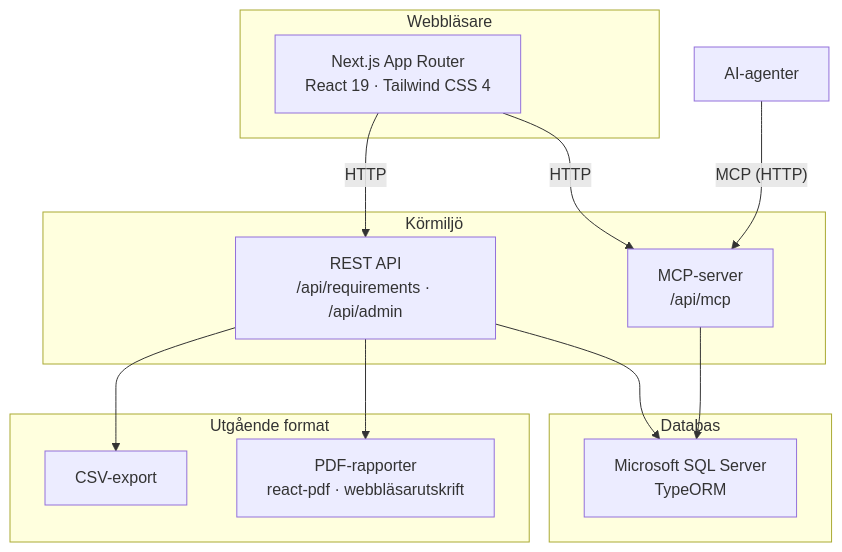
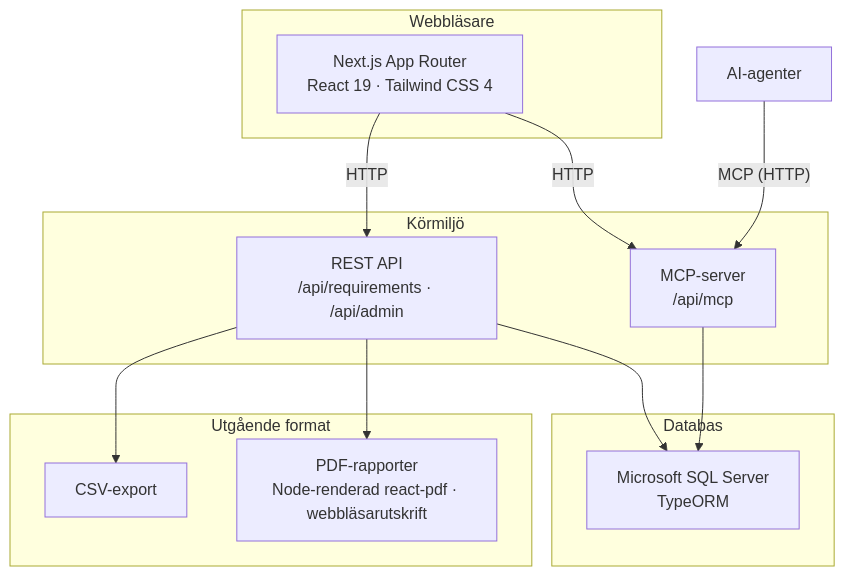
One commit to viscalyx/Kravhantering changed the first of 6 diagrams in docs/arkitekturbeskrivning-kravhantering.md. Above: the diagram before and after it, drawn with Mermaid. The commit also changed other lines of this file and 153 other files, not shown here.

````diff
--- a/docs/arkitekturbeskrivning-kravhantering.md
+++ b/docs/arkitekturbeskrivning-kravhantering.md
@@ -116,29 +116,29 @@
 ```mermaid
 graph TB
     subgraph "Webbläsare"
         UI["Next.js App Router<br/>React 19 · Tailwind CSS 4"]
     end
 
     subgraph "Körmiljö"
         API["REST API<br/>/api/requirements · /api/admin"]
         MCP["MCP-server<br/>/api/mcp"]
     end
 
     subgraph "Databas"
         DB["Microsoft SQL Server<br/>TypeORM"]
     end
 
     subgraph "Utgående format"
         CSV["CSV-export"]
-        PDF["PDF-rapporter<br/>react-pdf · webbläsarutskrift"]
+        PDF["PDF-rapporter<br/>Node-renderad react-pdf · webbläsarutskrift"]
     end
 
     UI -->|HTTP| API
     UI -->|HTTP| MCP
     API --> DB
     MCP --> DB
     API --> CSV
     API --> PDF
 
     AI["AI-agenter"] -->|"MCP (HTTP)"| MCP
 ```
````
